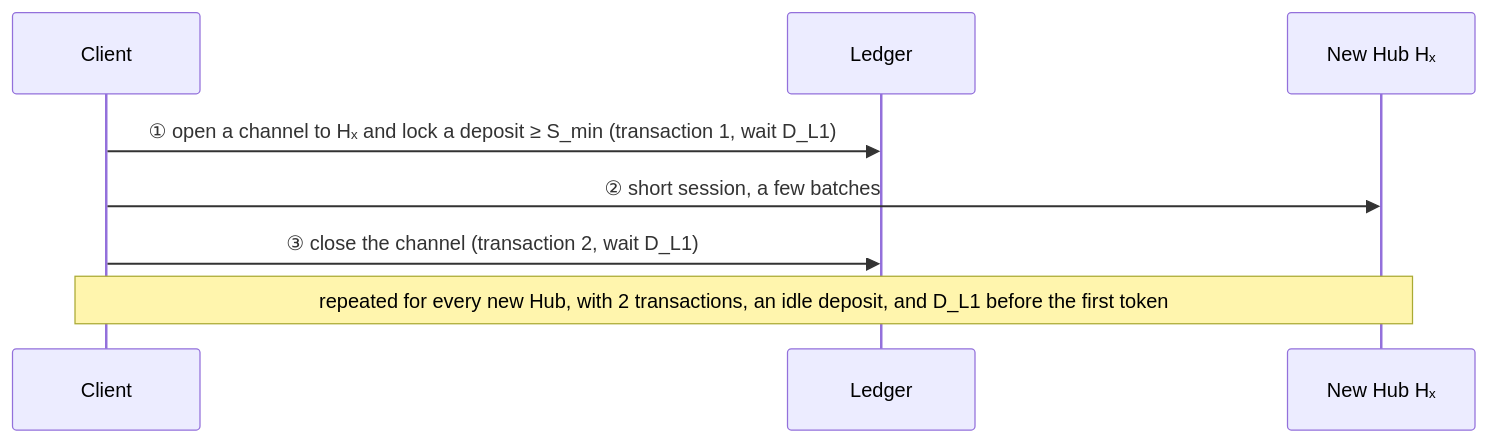
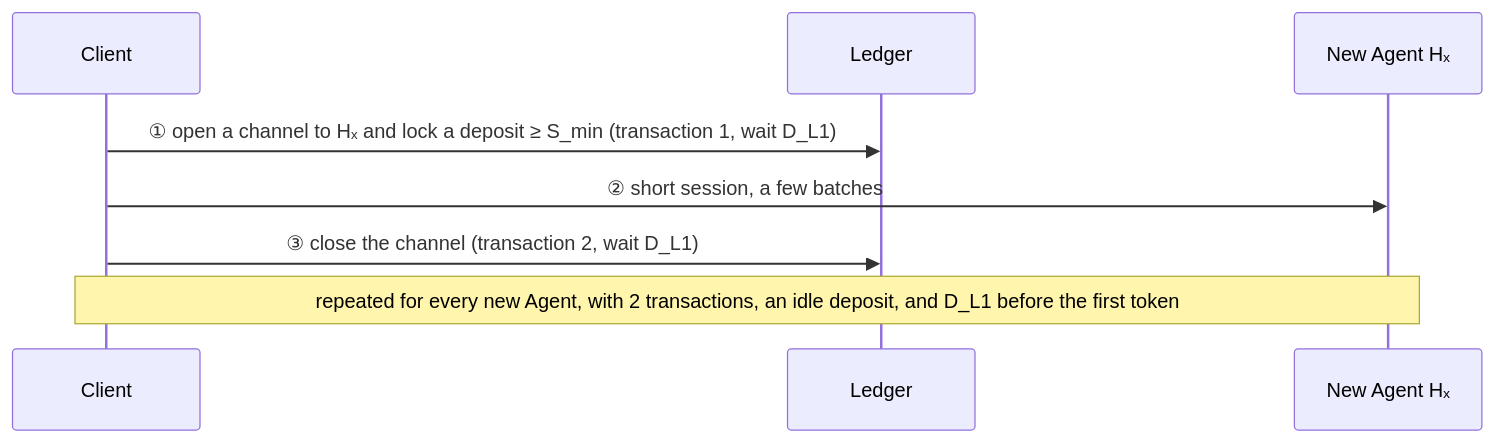
Before and after one commit to MDOmerDanish/project-idea: the sixth of 27 diagrams in specroute_paper_draft.md, drawn with Mermaid. The commit also changed other lines of this file, not shown here.

````diff
--- a/specroute_paper_draft.md
+++ b/specroute_paper_draft.md
@@ -235,10 +237,10 @@
 ```mermaid
 sequenceDiagram
     participant C as Client
     participant L as Ledger
-    participant HX as New Hub Hₓ
+    participant HX as New Agent Hₓ
     C->>L: ① open a channel to Hₓ and lock a deposit ≥ S_min (transaction 1, wait D_L1)
     C->>HX: ② short session, a few batches
     C->>L: ③ close the channel (transaction 2, wait D_L1)
-    Note over C,HX: repeated for every new Hub, with 2 transactions, an idle deposit, and D_L1 before the first token
+    Note over C,HX: repeated for every new Agent, with 2 transactions, an idle deposit, and D_L1 before the first token
 ```
````
